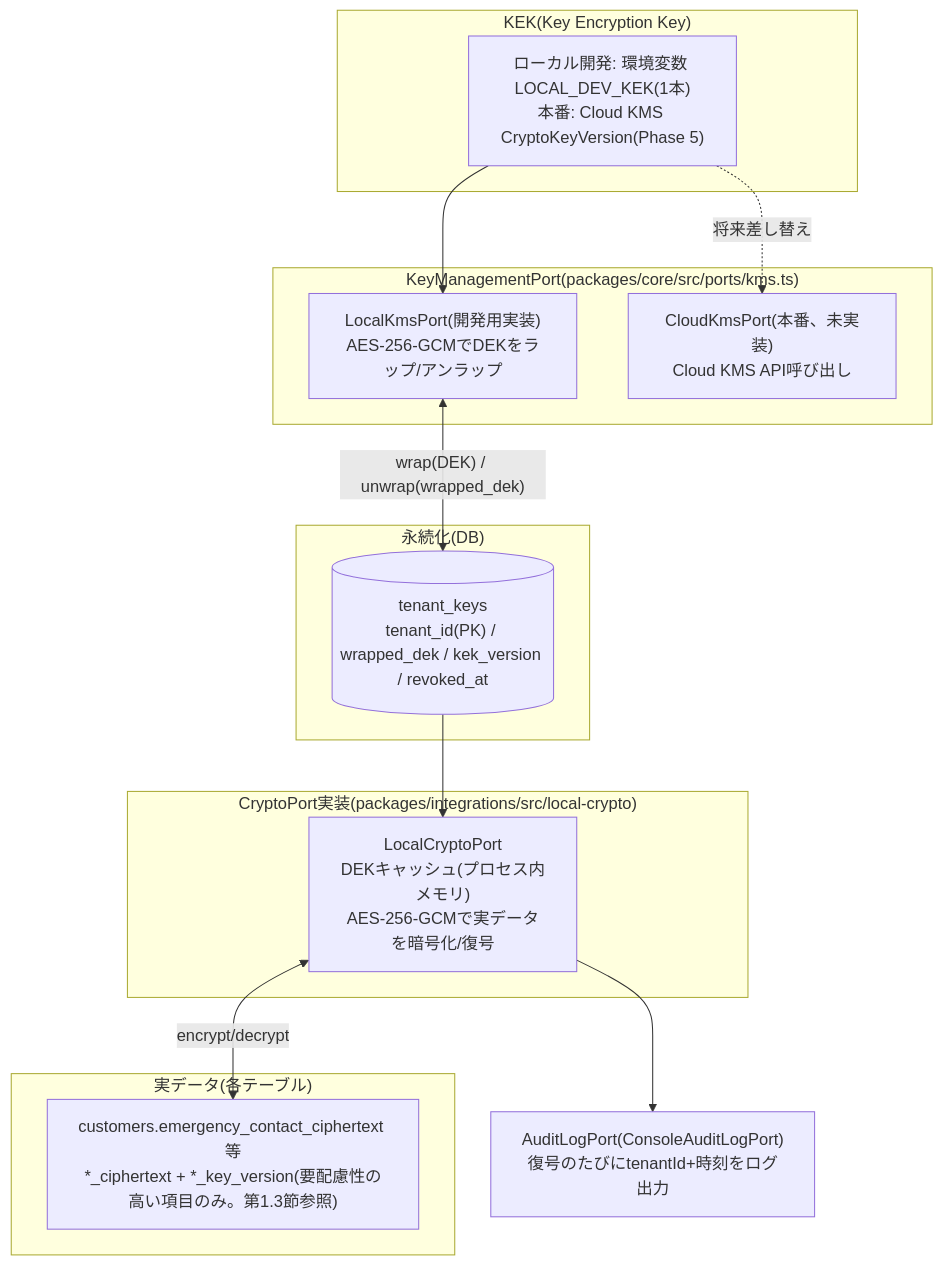
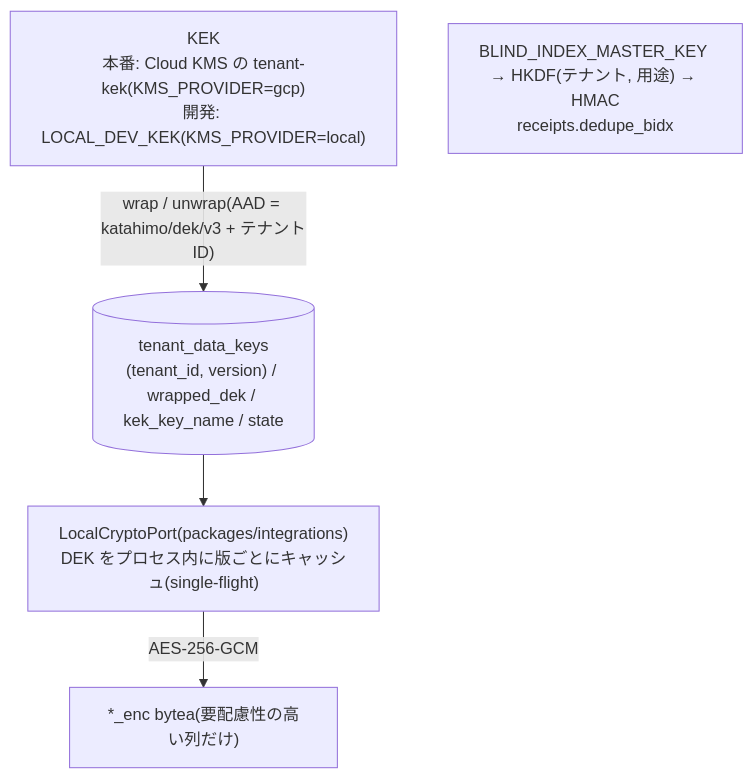
Before and after one commit to katahimo-dev/katahimo-app: the sixth of 6 diagrams in doc/09_データベース構造解説.md, drawn with Mermaid. The commit also changed other lines of this file and 10 other files, not shown here.

````diff
--- a/doc/09_データベース構造解説.md
+++ b/doc/09_データベース構造解説.md
@@ -310,32 +413,11 @@
 ```mermaid
 flowchart TB
-    subgraph "KEK(Key Encryption Key)"
-        KEK["ローカル開発: 環境変数 LOCAL_DEV_KEK(1本)<br/>本番: Cloud KMS CryptoKeyVersion(Phase 5)"]
-    end
-
-    subgraph "KeyManagementPort(packages/core/src/ports/kms.ts)"
-        LocalKms["LocalKmsPort(開発用実装)<br/>AES-256-GCMでDEKをラップ/アンラップ"]
-        CloudKms["CloudKmsPort(本番、未実装)<br/>Cloud KMS API呼び出し"]
-    end
-
-    subgraph "永続化(DB)"
-        TenantKeys[("tenant_keys<br/>tenant_id(PK) / wrapped_dek / kek_version / revoked_at")]
-    end
-
-    subgraph "CryptoPort実装(packages/integrations/src/local-crypto)"
-        LocalCrypto["LocalCryptoPort<br/>DEKキャッシュ(プロセス内メモリ)<br/>AES-256-GCMで実データを暗号化/復号"]
-    end
-
-    subgraph "実データ(各テーブル)"
-        CipherCols["customers.emergency_contact_ciphertext 等<br/>*_ciphertext + *_key_version(要配慮性の高い項目のみ。第1.3節参照)"]
-    end
-
-    AuditLog["AuditLogPort(ConsoleAuditLogPort)<br/>復号のたびにtenantId+時刻をログ出力"]
-
-    KEK --> LocalKms
-    KEK -.将来差し替え.-> CloudKms
-    LocalKms <-- "wrap(DEK) / unwrap(wrapped_dek)" --> TenantKeys
-    TenantKeys --> LocalCrypto
-    LocalCrypto <-- "encrypt/decrypt" --> CipherCols
-    LocalCrypto --> AuditLog
+    KEK["KEK<br/>本番: Cloud KMS の tenant-kek(KMS_PROVIDER=gcp)<br/>開発: LOCAL_DEV_KEK(KMS_PROVIDER=local)"]
+    DEK[("tenant_data_keys<br/>(tenant_id, version) / wrapped_dek / kek_key_name / state")]
+    Crypto["LocalCryptoPort(packages/integrations)<br/>DEK をプロセス内に版ごとにキャッシュ(single-flight)"]
+    Cols["*_enc bytea(要配慮性の高い列だけ)"]
+    BIDX["BLIND_INDEX_MASTER_KEY → HKDF(テナント, 用途) → HMAC<br/>receipts.dedupe_bidx"]
+    KEK -- "wrap / unwrap(AAD = katahimo/dek/v3 + テナントID)" --> DEK
+    DEK --> Crypto
+    Crypto -- "AES-256-GCM" --> Cols
 ```
````
